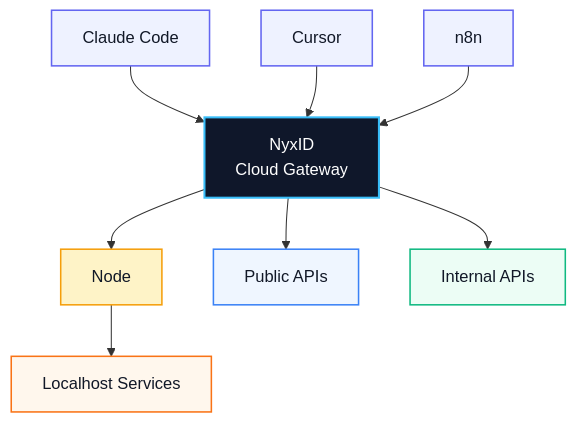
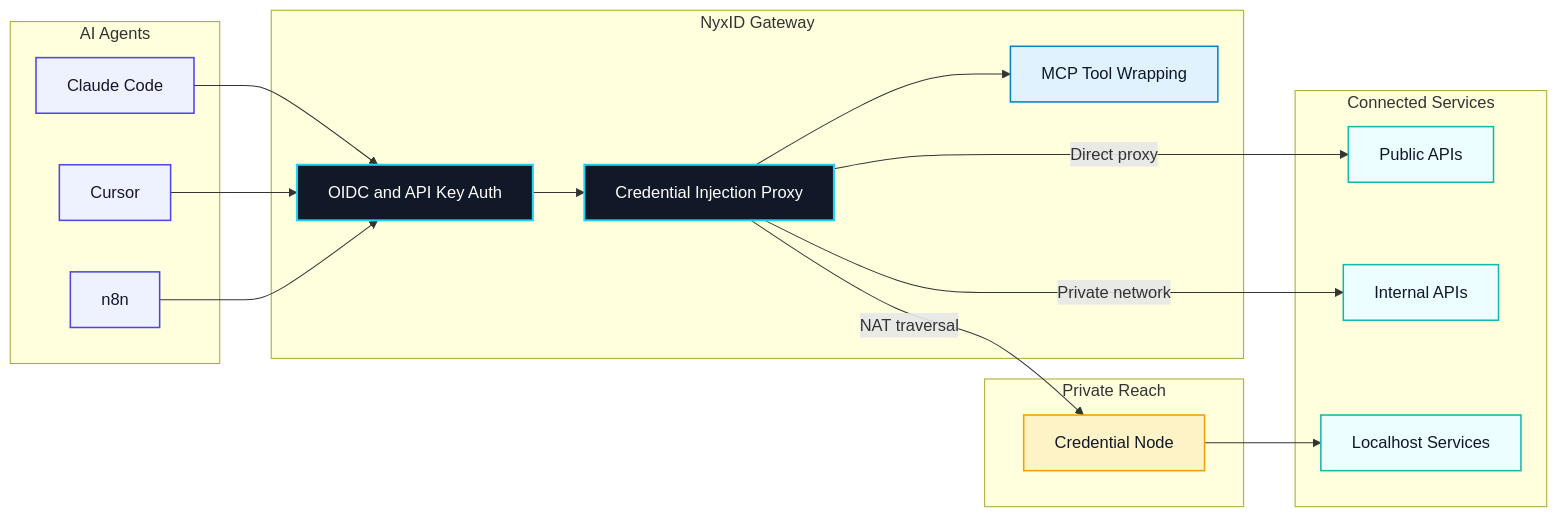
One commit to ChronoAIProject/NyxID changed the diagram in README.md. Above: the diagram before and after it, drawn with Mermaid. The commit also changed other lines of this file, not shown here.

Commit message:
docs: list cargo/docker prereqs with disk estimates and surface optional CLI install
Expand the self-host Prerequisites block into a bulleted list that calls
out Docker (~2 GB) as required and Rust/Cargo (~1.5 GB, 3-10 min first
compile) as optional, only needed for the CLI. Add an "Optional: Install
the nyxid CLI" subsection right after the health check with an honest
cost warning, and update the AI-assisted prompt to make the agent ask
the user before installing the CLI and fall back to web-console
instructions if they decline.

````diff
--- a/README.md
+++ b/README.md
@@ -14,42 +14,47 @@
 ```mermaid
-flowchart TD
-    %% Top clients
-    A[Claude Code]
-    B[Cursor]
-    C[n8n]
+flowchart LR
+    subgraph Agents["AI Agents"]
+        CC[Claude Code]
+        CU[Cursor]
+        N8[n8n]
+    end
 
-    %% Gateway
-    G[NyxID<br/>Cloud Gateway]
+    subgraph NyxID["NyxID Gateway"]
+        AUTH[OIDC and API Key Auth]
+        PROXY[Credential Injection Proxy]
+        MCP[MCP Tool Wrapping]
+    end
 
-    %% Node
-    N[Node]
+    subgraph Connectivity["Private Reach"]
+        NODE[Credential Node]
+    end
 
-    %% Destinations
-    P[Public APIs]
-    I[Internal APIs]
-    L[Localhost Services]
+    subgraph Targets["Connected Services"]
+        PUB[Public APIs]
+        INT[Internal APIs]
+        LOC[Localhost Services]
+    end
 
-    %% Flows
-    A --> G
-    B --> G
-    C --> G
+    CC --> AUTH
+    CU --> AUTH
+    N8 --> AUTH
 
-    G --> P
-    G --> I
-    G --> N --> L
+    AUTH --> PROXY
+    PROXY --> MCP
+    PROXY -->|Direct proxy| PUB
+    PROXY -->|Private network| INT
+    PROXY -->|NAT traversal| NODE
+    NODE --> LOC
 
-    %% Styling
-    classDef client fill:#eef2ff,stroke:#6366f1,color:#111827,stroke-width:1.5px;
-    classDef gateway fill:#0f172a,stroke:#38bdf8,color:#ffffff,stroke-width:2px;
+    classDef agents fill:#eef2ff,stroke:#4f46e5,color:#111827,stroke-width:1.5px;
+    classDef gateway fill:#111827,stroke:#22d3ee,color:#ffffff,stroke-width:2px;
+    classDef tooling fill:#e0f2fe,stroke:#0284c7,color:#0f172a,stroke-width:1.5px;
     classDef node fill:#fef3c7,stroke:#f59e0b,color:#111827,stroke-width:1.5px;
-    classDef public fill:#eff6ff,stroke:#3b82f6,color:#111827,stroke-width:1.5px;
-    classDef internal fill:#ecfdf5,stroke:#10b981,color:#111827,stroke-width:1.5px;
-    classDef local fill:#fff7ed,stroke:#f97316,color:#111827,stroke-width:1.5px;
+    classDef targets fill:#ecfeff,stroke:#14b8a6,color:#0f172a,stroke-width:1.5px;
 
-    class A,B,C client;
-    class G gateway;
-    class N node;
-    class P public;
-    class I internal;
-    class L local;
+    class CC,CU,N8 agents;
+    class AUTH,PROXY gateway;
+    class MCP tooling;
+    class NODE node;
+    class PUB,INT,LOC targets;
 ```
````
